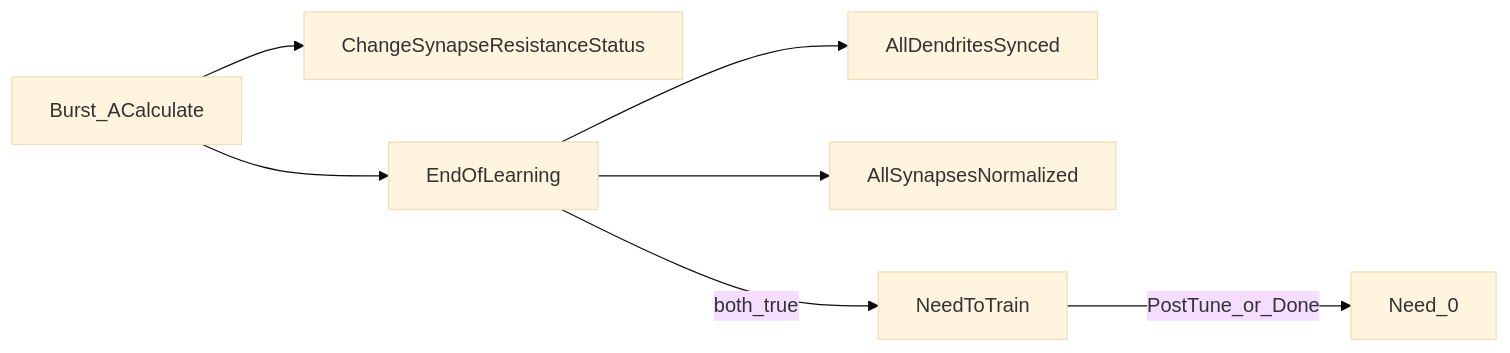
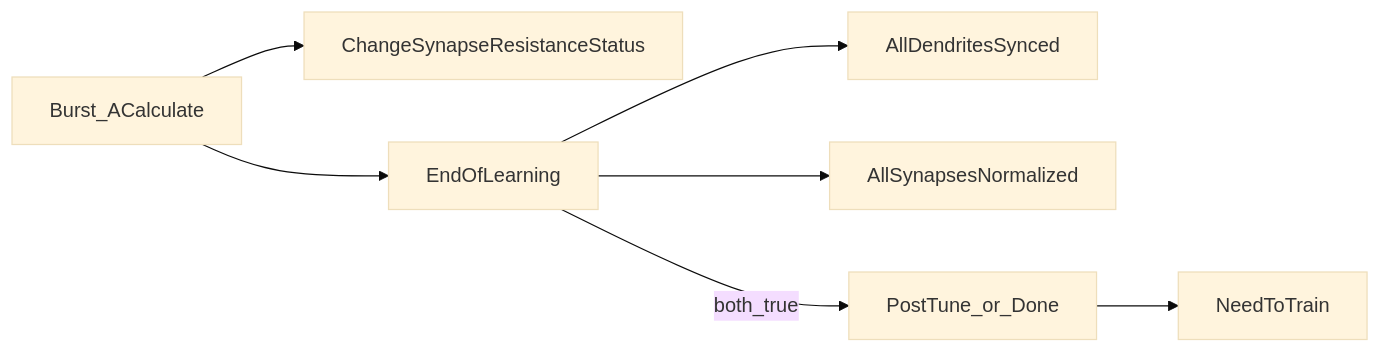
Before and after one commit to aicommunity/Nmsdk: the second of 2 diagrams in Docs/Audit/TimeLearner-2026-09-26-review/evidence/AMPNORM_EOL_FIX.plan.md, drawn with Mermaid (base theme). The commit also changed other lines of this file, not shown here.

First line of the commit message:
docs(audit): detail AmpNorm plan from code (EOL predicates, B1 hole)

````diff
--- a/Docs/Audit/TimeLearner-2026-09-26-review/evidence/AMPNORM_EOL_FIX.plan.md
+++ b/Docs/Audit/TimeLearner-2026-09-26-review/evidence/AMPNORM_EOL_FIX.plan.md
@@ -78,15 +98,15 @@
 ```mermaid
 flowchart LR
   burst[Burst_ACalculate]
   tipR[ChangeSynapseResistanceStatus]
   sync[AllDendritesSynced]
   amp[AllSynapsesNormalized]
   eol[EndOfLearning]
   need[NeedToTrain]
   burst --> tipR
   burst --> eol
   eol --> sync
   eol --> amp
-  eol -->|both_true| need
-  need -->|PostTune_or_Done| doneNode[Need_0]
+  eol -->|both_true| postOrDone[PostTune_or_Done]
+  postOrDone --> need
 ```
````
